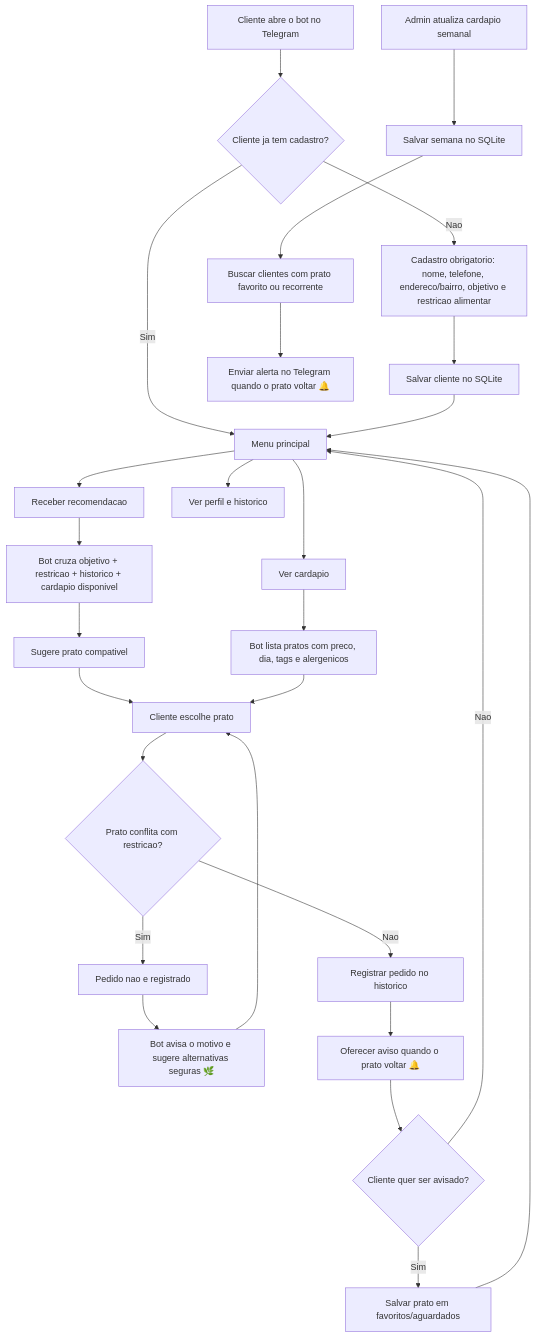
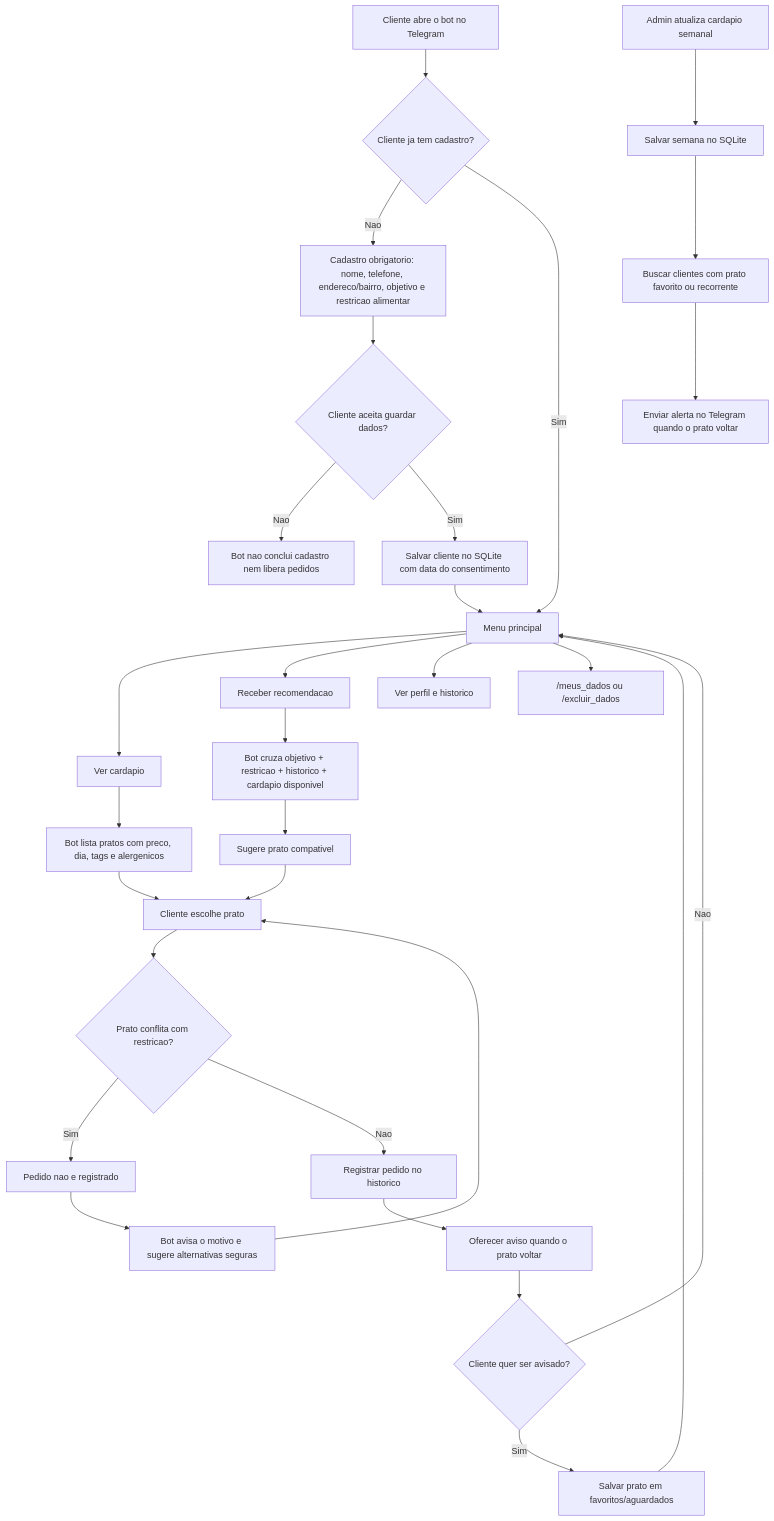
One commit to VmaffeiDev/ApetitFoodBot changed the diagram in README.md. Above: the diagram before and after it, drawn with Mermaid. The commit also changed other lines of this file, not shown here.

Commit message:
Documenta LGPD e deploy

````diff
--- a/README.md
+++ b/README.md
@@ -94,33 +117,36 @@
 ```mermaid
 flowchart TD
     A["Cliente abre o bot no Telegram"] --> B{Cliente ja tem cadastro?}
     B -- "Nao" --> C["Cadastro obrigatorio: nome, telefone, endereco/bairro, objetivo e restricao alimentar"]
-    C --> D["Salvar cliente no SQLite"]
+    C --> LGPD{Cliente aceita guardar dados?}
+    LGPD -- "Nao" --> X["Bot nao conclui cadastro nem libera pedidos"]
+    LGPD -- "Sim" --> D["Salvar cliente no SQLite com data do consentimento"]
     B -- "Sim" --> E["Menu principal"]
     D --> E
 
     E --> F["Ver cardapio"]
     E --> G["Receber recomendacao"]
     E --> H["Ver perfil e historico"]
+    E --> LGPD2["/meus_dados ou /excluir_dados"]
 
     F --> I["Bot lista pratos com preco, dia, tags e alergenicos"]
     G --> J["Bot cruza objetivo + restricao + historico + cardapio disponivel"]
     J --> K["Sugere prato compativel"]
     K --> L["Cliente escolhe prato"]
     I --> L
 
     L --> M{Prato conflita com restricao?}
     M -- "Sim" --> N["Pedido nao e registrado"]
-    N --> O["Bot avisa o motivo e sugere alternativas seguras 🌿"]
+    N --> O["Bot avisa o motivo e sugere alternativas seguras"]
     O --> L
     M -- "Nao" --> P["Registrar pedido no historico"]
-    P --> Q["Oferecer aviso quando o prato voltar 🔔"]
+    P --> Q["Oferecer aviso quando o prato voltar"]
     Q --> R{Cliente quer ser avisado?}
     R -- "Sim" --> S["Salvar prato em favoritos/aguardados"]
     R -- "Nao" --> E
     S --> E
 
     T["Admin atualiza cardapio semanal"] --> U["Salvar semana no SQLite"]
     U --> V["Buscar clientes com prato favorito ou recorrente"]
-    V --> W["Enviar alerta no Telegram quando o prato voltar 🔔"]
+    V --> W["Enviar alerta no Telegram quando o prato voltar"]
 ```
````
